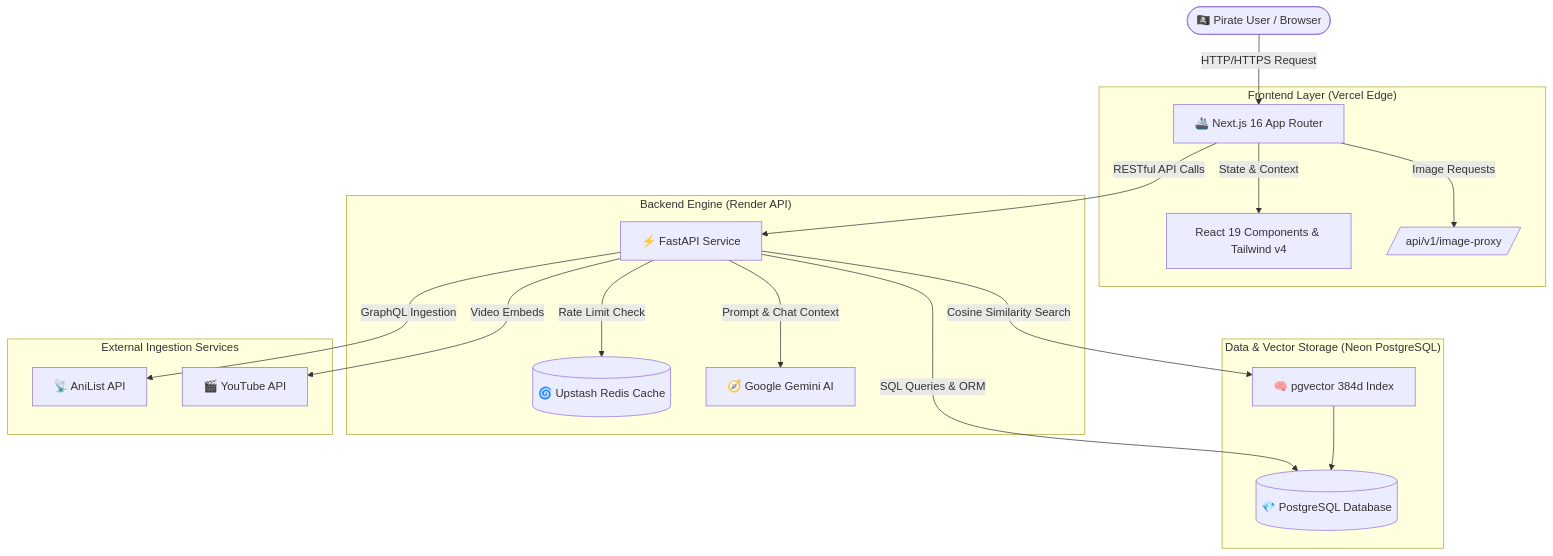
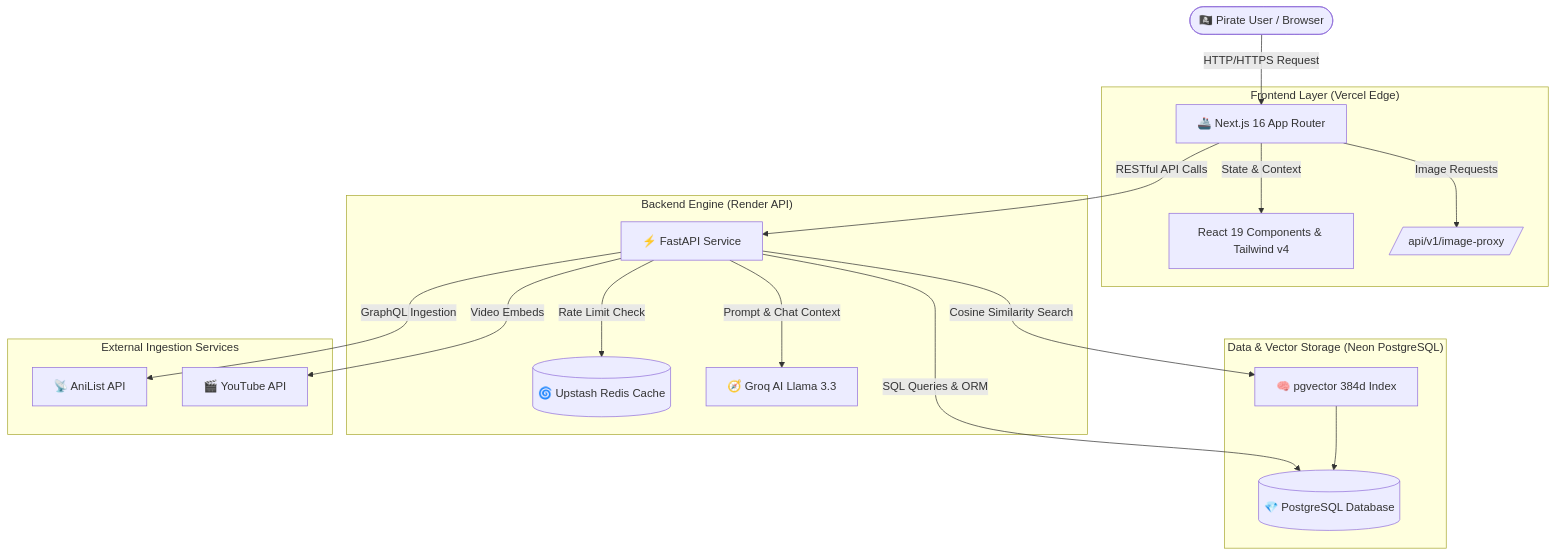
One commit to Aabhash-19/AniVerse changed the diagram in README.md. Above: the diagram before and after it, drawn with Mermaid. The commit also changed other lines of this file and 1 other file, not shown here.

Commit message:
Update README and environment docs to Groq AI (Llama 3.3 70B)

````diff
--- a/README.md
+++ b/README.md
@@ -153,26 +153,26 @@
 ```mermaid
 graph TD
     User([🏴‍☠️ Pirate User / Browser]) -->|HTTP/HTTPS Request| Web[🚢 Next.js 16 App Router]
     
     subgraph "Frontend Layer (Vercel Edge)"
         Web -->|State & Context| UI[React 19 Components & Tailwind v4]
         Web -->|Image Requests| Proxy[/api/v1/image-proxy/]
     end
     
     subgraph "Backend Engine (Render API)"
         Web -->|RESTful API Calls| API[⚡ FastAPI Service]
         API -->|Rate Limit Check| Redis[(🌀 Upstash Redis Cache)]
-        API -->|Prompt & Chat Context| Gemini[🧭 Google Gemini AI]
+        API -->|Prompt & Chat Context| Groq[🧭 Groq AI Llama 3.3]
     end
     
     subgraph "Data & Vector Storage (Neon PostgreSQL)"
         API -->|SQL Queries & ORM| DB[(💎 PostgreSQL Database)]
         API -->|Cosine Similarity Search| Vector[🧠 pgvector 384d Index]
         Vector --> DB
     end
     
     subgraph "External Ingestion Services"
         API -->|GraphQL Ingestion| AniList[📡 AniList API]
         API -->|Video Embeds| YouTube[🎬 YouTube API]
     end
 ```
````
